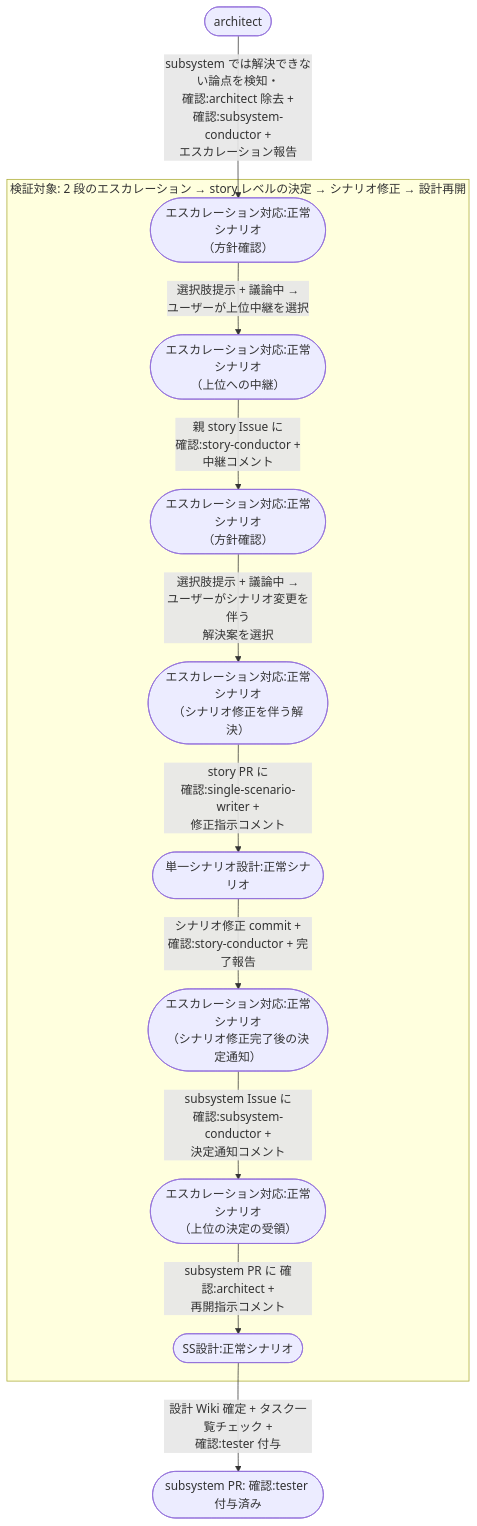
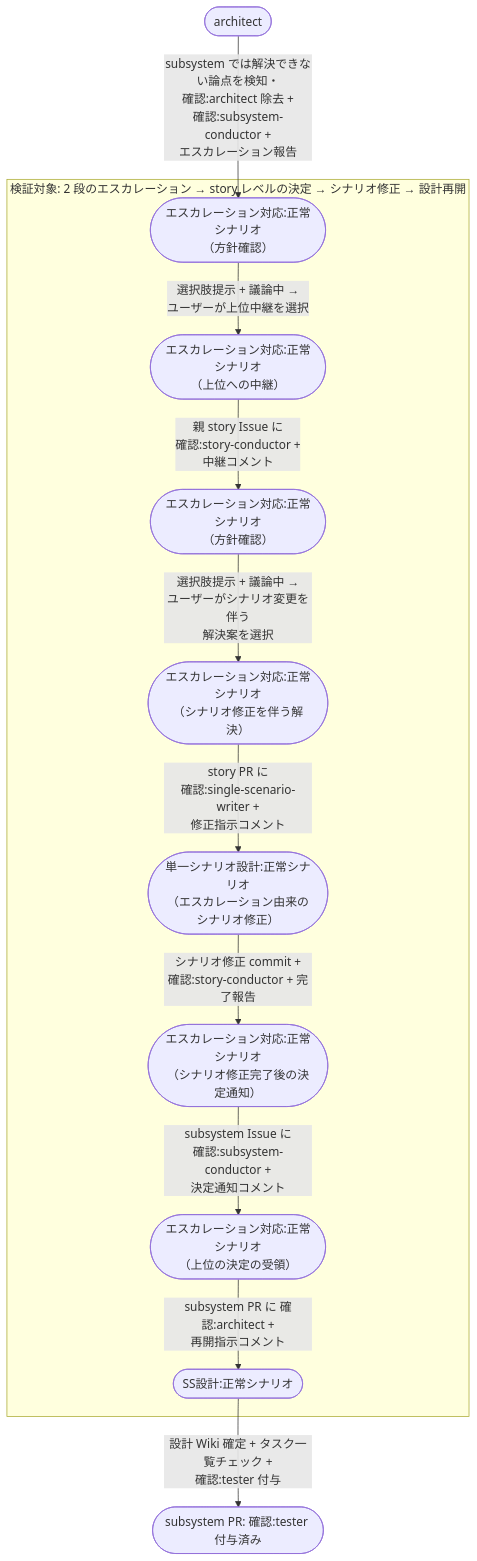
Before and after one commit to shuhei1101/ai-monitor: the diagram in docs/wiki/設計図/シナリオ/複合ユースケース/エスカレーションのstoryレベル解決.md, drawn with Mermaid. The commit also changed other lines of this file and 60 other files, not shown here.

````diff
--- a/docs/wiki/設計図/シナリオ/複合ユースケース/エスカレーションのstoryレベル解決.md
+++ b/docs/wiki/設計図/シナリオ/複合ユースケース/エスカレーションのstoryレベル解決.md
@@ -27,25 +29,25 @@
 ```mermaid
 flowchart TD
   A0([architect]) -->|subsystem では解決できない論点を検知・<br>確認:architect 除去 +<br>確認:subsystem-conductor +<br>エスカレーション報告| UC1
 
   subgraph FOCUS["検証対象: 2 段のエスカレーション → story レベルの決定 → シナリオ修正 → 設計再開"]
     UC1([エスカレーション対応:正常シナリオ<br>（方針確認）]) -->|選択肢提示 + 議論中 →<br>ユーザーが上位中継を選択| UC2([エスカレーション対応:正常シナリオ<br>（上位への中継）])
     UC2 -->|親 story Issue に<br>確認:story-conductor +<br>中継コメント| UC3([エスカレーション対応:正常シナリオ<br>（方針確認）])
     UC3 -->|選択肢提示 + 議論中 →<br>ユーザーがシナリオ変更を伴う<br>解決案を選択| UC4([エスカレーション対応:正常シナリオ<br>（シナリオ修正を伴う解決）])
-    UC4 -->|story PR に<br>確認:single-scenario-writer +<br>修正指示コメント| UC5([単一シナリオ設計:正常シナリオ])
+    UC4 -->|story PR に<br>確認:single-scenario-writer +<br>修正指示コメント| UC5([単一シナリオ設計:正常シナリオ<br>（エスカレーション由来のシナリオ修正）])
     UC5 -->|シナリオ修正 commit +<br>確認:story-conductor + 完了報告| UC6([エスカレーション対応:正常シナリオ<br>（シナリオ修正完了後の決定通知）])
     UC6 -->|subsystem Issue に<br>確認:subsystem-conductor +<br>決定通知コメント| UC7([エスカレーション対応:正常シナリオ<br>（上位の決定の受領）])
     UC7 -->|subsystem PR に 確認:architect +<br>再開指示コメント| UC8([SS設計:正常シナリオ])
   end
 
   UC8 -->|設計 Wiki 確定 + タスク一覧チェック +<br>確認:tester 付与| DONE([subsystem PR: 確認:tester 付与済み])
 
   click UC1 "../単一ユースケース/エスカレーション対応.md#正常シナリオ方針確認"
   click UC2 "../単一ユースケース/エスカレーション対応.md#正常シナリオ上位への中継"
   click UC3 "../単一ユースケース/エスカレーション対応.md#正常シナリオ方針確認"
   click UC4 "../単一ユースケース/エスカレーション対応.md#正常シナリオシナリオ修正を伴う解決"
-  click UC5 "../単一ユースケース/単一シナリオ設計.md#正常シナリオ"
+  click UC5 "../単一ユースケース/単一シナリオ設計.md#正常シナリオエスカレーション由来のシナリオ修正"
   click UC6 "../単一ユースケース/エスカレーション対応.md#正常シナリオシナリオ修正完了後の決定通知"
   click UC7 "../単一ユースケース/エスカレーション対応.md#正常シナリオ上位の決定の受領"
   click UC8 "../単一ユースケース/SS設計.md#正常シナリオ"
 ```
````
